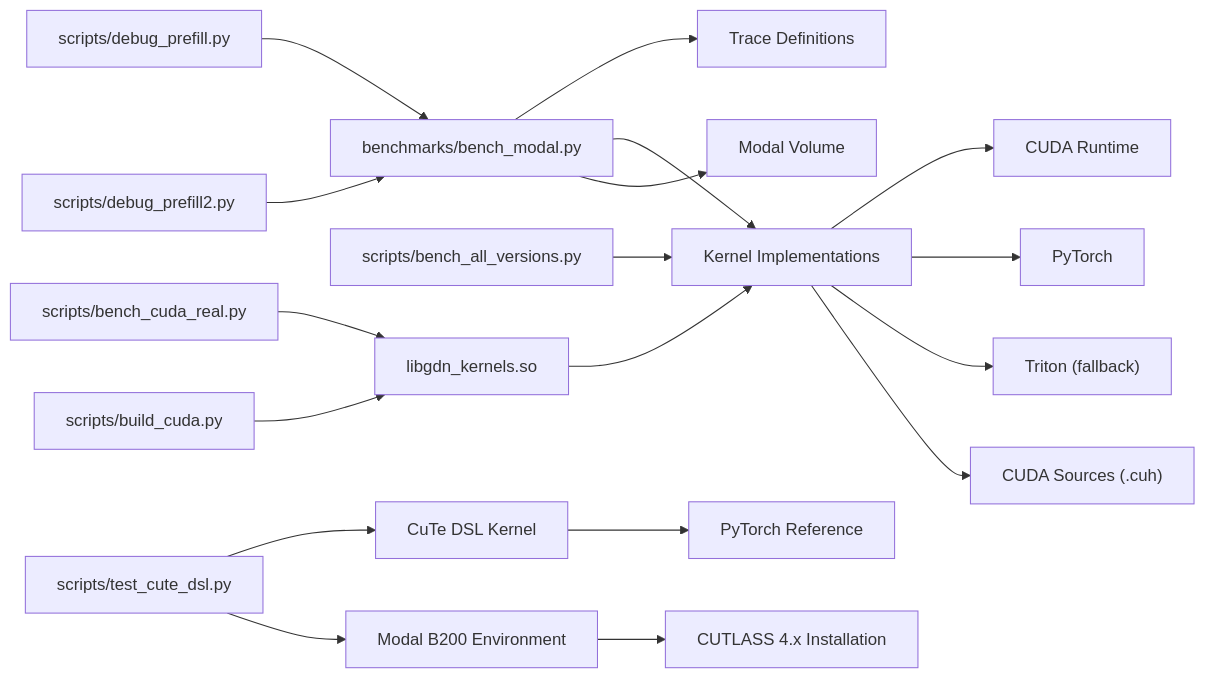
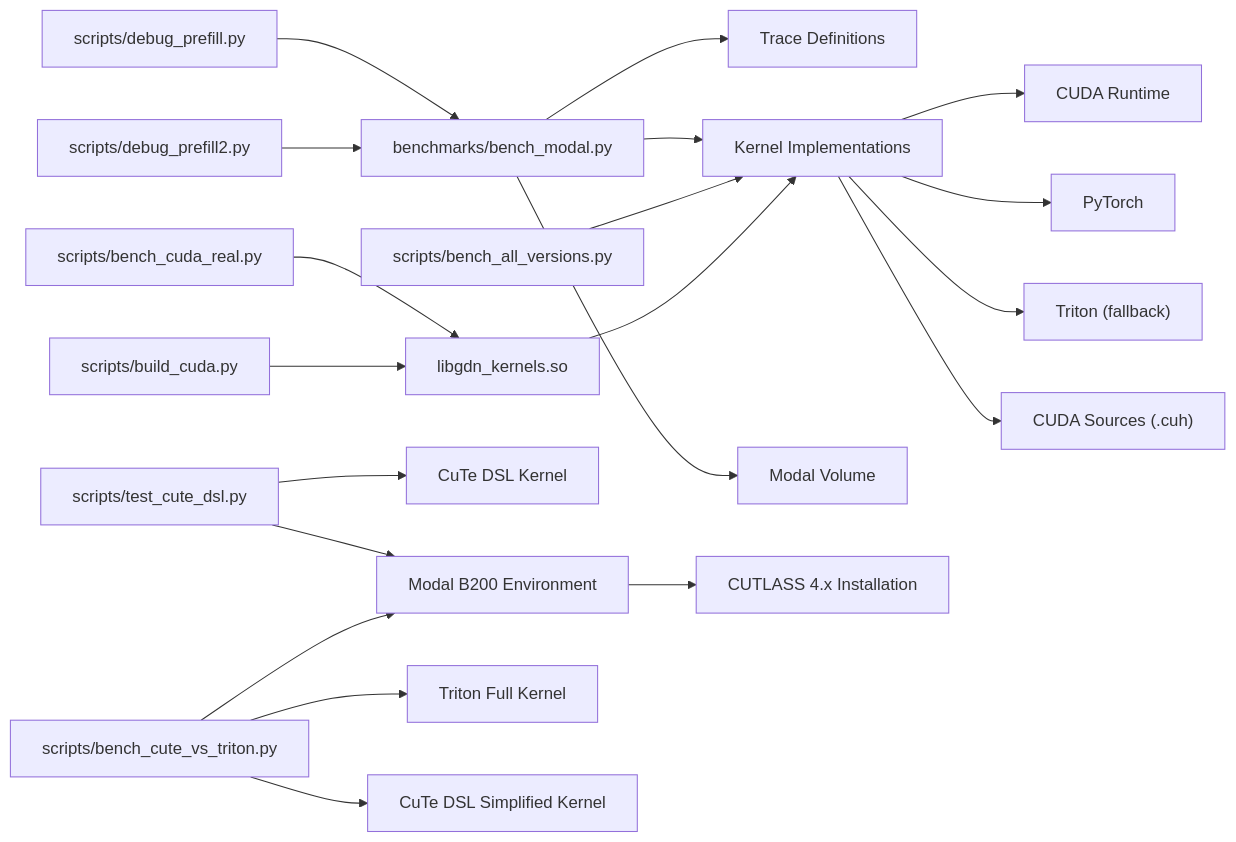
One commit to gugudeshubao/flashinfer-bench-tma-thrust changed diagram 11 of 14 in .qoder/repowiki/en/content/Performance Analysis.md. Above: the diagram before and after it, drawn with Mermaid. The commit also changed other lines of this file and 25 other files, not shown here.

````diff
--- a/.qoder/repowiki/en/content/Performance Analysis.md
+++ b/.qoder/repowiki/en/content/Performance Analysis.md
@@ -527,20 +603,22 @@
 ```mermaid
 graph LR
 Runner["benchmarks/bench_modal.py"] --> Defs["Trace Definitions"]
 Runner --> Kernels["Kernel Implementations"]
 Kernels --> CUDA["CUDA Runtime"]
 Kernels --> Torch["PyTorch"]
 Kernels --> Triton["Triton (fallback)"]
 Runner --> Volume["Modal Volume"]
 Debug1["scripts/debug_prefill.py"] --> Runner
 Debug2["scripts/debug_prefill2.py"] --> Runner
 AllVersions["scripts/bench_all_versions.py"] --> Kernels
 RealCUDA["scripts/bench_cuda_real.py"] --> Lib["libgdn_kernels.so"]
 BuildCUDA["scripts/build_cuda.py"] --> Lib
 Lib --> Kernels
 CuTeTest["scripts/test_cute_dsl.py"] --> CuTeDSL["CuTe DSL Kernel"]
-CuTeDSL --> PyTorchRef["PyTorch Reference"]
 CuTeTest --> ModalEnv["Modal B200 Environment"]
 ModalEnv --> CUTLASS["CUTLASS 4.x Installation"]
+PerfComp["scripts/bench_cute_vs_triton.py"] --> TritonKernel["Triton Full Kernel"]
+PerfComp --> CuTeKernel["CuTe DSL Simplified Kernel"]
+PerfComp --> ModalEnv
 Kernels --> CUDA_SRC["CUDA Sources (.cuh)"]
 ```
````
